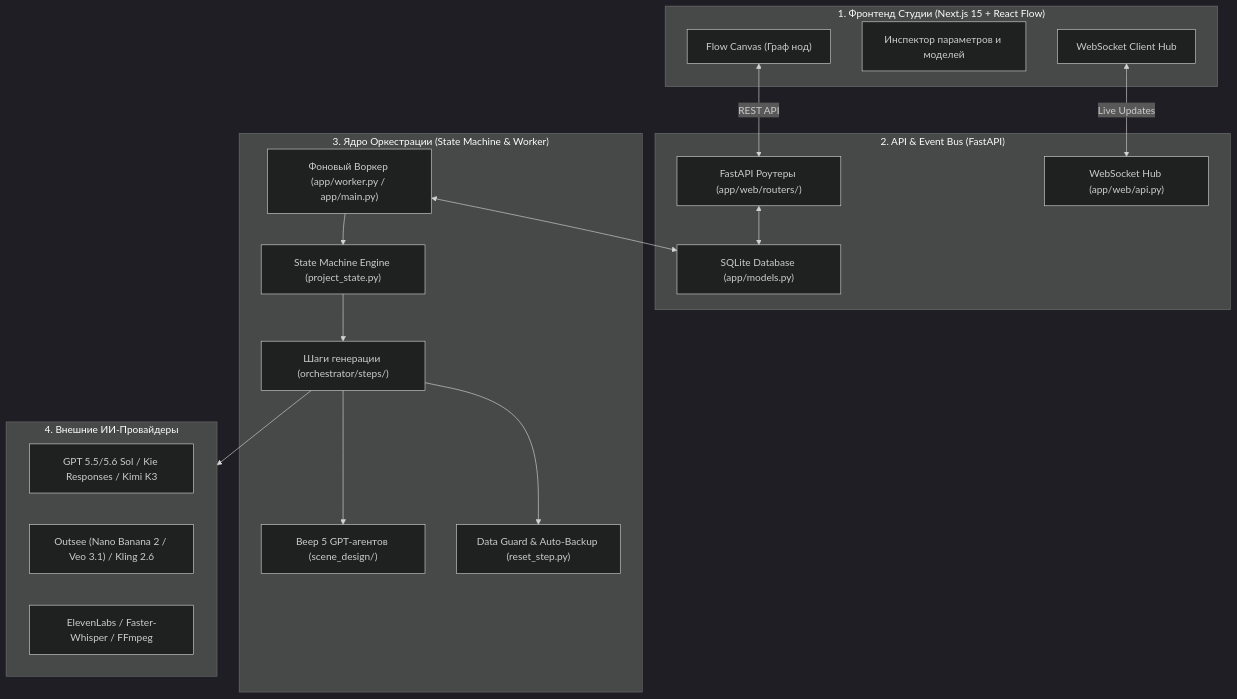
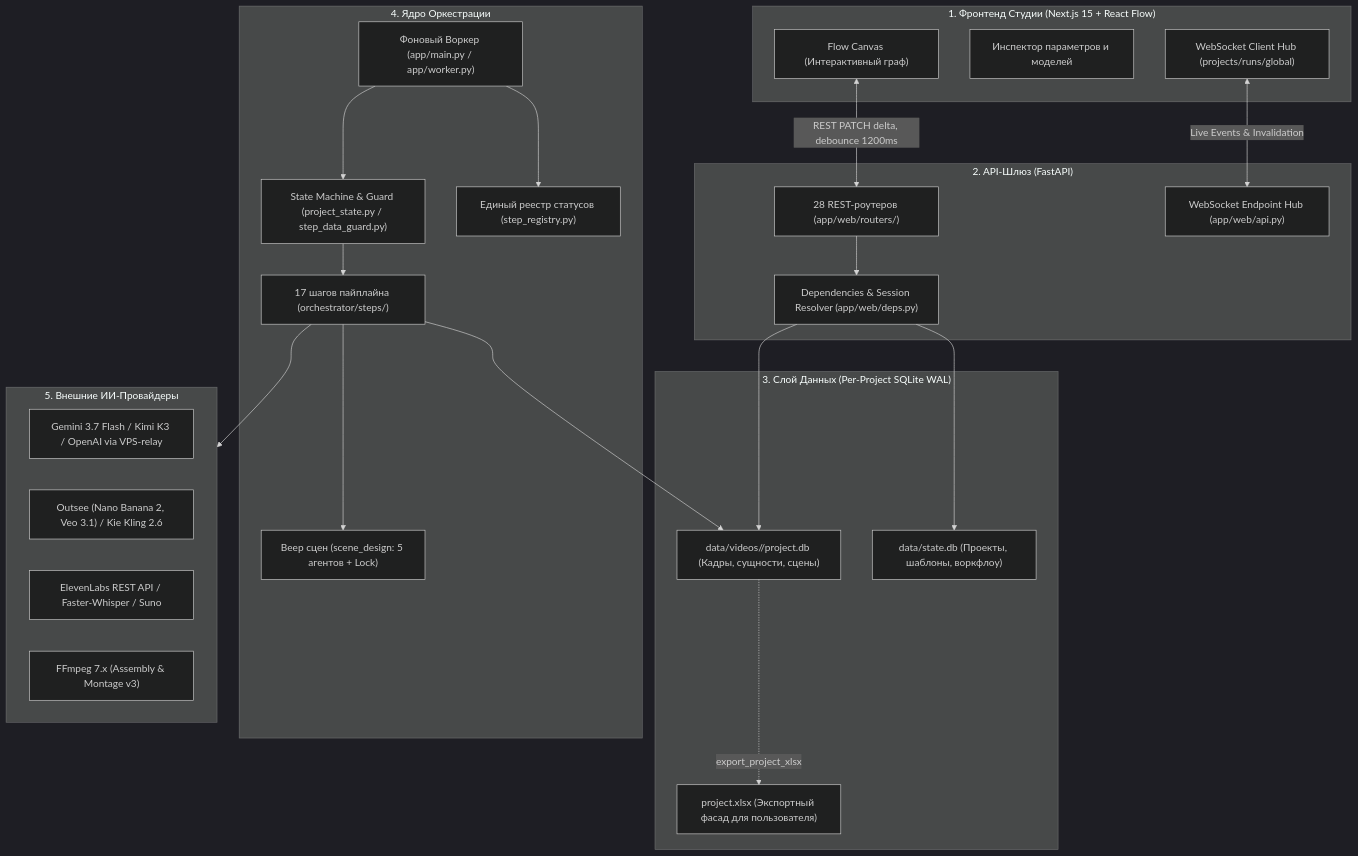
One commit to rohos228-spec/video-pipeline changed the first of 2 diagrams in ARCHITECTURE_AUDIT.md. Above: the diagram before and after it, drawn with Mermaid (dark theme). The commit also changed other lines of this file and 67 other files, not shown here.

````diff
--- a/ARCHITECTURE_AUDIT.md
+++ b/ARCHITECTURE_AUDIT.md
@@ -26,38 +38,48 @@
 ```mermaid
 flowchart TD
     subgraph UI ["1. Фронтенд Студии (Next.js 15 + React Flow)"]
-        Canvas["Flow Canvas (Граф нод)"]
+        Canvas["Flow Canvas (Интерактивный граф)"]
         Inspector["Инспектор параметров и моделей"]
-        WSClient["WebSocket Client Hub"]
+        WSClient["WebSocket Client Hub (projects/runs/global)"]
     end
 
-    subgraph API ["2. API & Event Bus (FastAPI)"]
-        Routers["FastAPI Роутеры (app/web/routers/)"]
-        WSEndpoint["WebSocket Hub (app/web/api.py)"]
-        DB["SQLite Database (app/models.py)"]
+    subgraph API ["2. API-Шлюз (FastAPI)"]
+        Routers["28 REST-роутеров (app/web/routers/)"]
+        WSHub["WebSocket Endpoint Hub (app/web/api.py)"]
+        Deps["Dependencies & Session Resolver (app/web/deps.py)"]
     end
 
-    subgraph Core ["3. Ядро Оркестрации (State Machine & Worker)"]
-        Worker["Фоновый Воркер (app/worker.py / app/main.py)"]
-        FSM["State Machine Engine (project_state.py)"]
-        StepEngine["Шаги генерации (orchestrator/steps/)"]
-        SceneDesign["Веер 5 GPT-агентов (scene_design/)"]
-        Safety["Data Guard & Auto-Backup (reset_step.py)"]
+    subgraph DB ["3. Слой Данных (Per-Project SQLite WAL)"]
+        MasterDB["data/state.db (Проекты, шаблоны, воркфлоу)"]
+        ProjectDB["data/videos/<slug>/project.db (Кадры, сущности, сцены)"]
+        Excel["project.xlsx (Экспортный фасад для пользователя)"]
     end
 
-    subgraph Providers ["4. Внешние ИИ-Провайдеры"]
-        LLM["GPT 5.5/5.6 Sol / Kie Responses / Kimi K3"]
-        Media["Outsee (Nano Banana 2 / Veo 3.1) / Kling 2.6"]
-        Audio["ElevenLabs / Faster-Whisper / FFmpeg"]
+    subgraph Core ["4. Ядро Оркестрации"]
+        Worker["Фоновый Воркер (app/main.py / app/worker.py)"]
+        StepReg["Единый реестр статусов (step_registry.py)"]
+        FSM["State Machine & Guard (project_state.py / step_data_guard.py)"]
+        Steps["17 шагов пайплайна (orchestrator/steps/)"]
+        SceneFanout["Веер сцен (scene_design: 5 агентов + Lock)"]
     end
 
-    Canvas <-->|REST API| Routers
-    WSClient <-->|Live Updates| WSEndpoint
-    Routers <--> DB
-    Worker <--> DB
+    subgraph Prov ["5. Внешние ИИ-Провайдеры"]
+        LLM["Gemini 3.7 Flash / Kimi K3 / OpenAI via VPS-relay"]
+        Media["Outsee (Nano Banana 2, Veo 3.1) / Kie Kling 2.6"]
+        Audio["ElevenLabs REST API / Faster-Whisper / Suno"]
+        Assembly["FFmpeg 7.x (Assembly & Montage v3)"]
+    end
+
+    Canvas <-->|REST PATCH delta, debounce 1200ms| Routers
+    WSClient <-->|Live Events & Invalidation| WSHub
+    Routers --> Deps
+    Deps --> MasterDB
+    Deps --> ProjectDB
+    Worker --> StepReg
     Worker --> FSM
-    FSM --> StepEngine
-    StepEngine --> SceneDesign
-    StepEngine --> Safety
-    StepEngine --> Providers
+    FSM --> Steps
+    Steps --> ProjectDB
+    Steps --> SceneFanout
+    Steps --> Prov
+    ProjectDB -.->|export_project_xlsx| Excel
 ```
````
